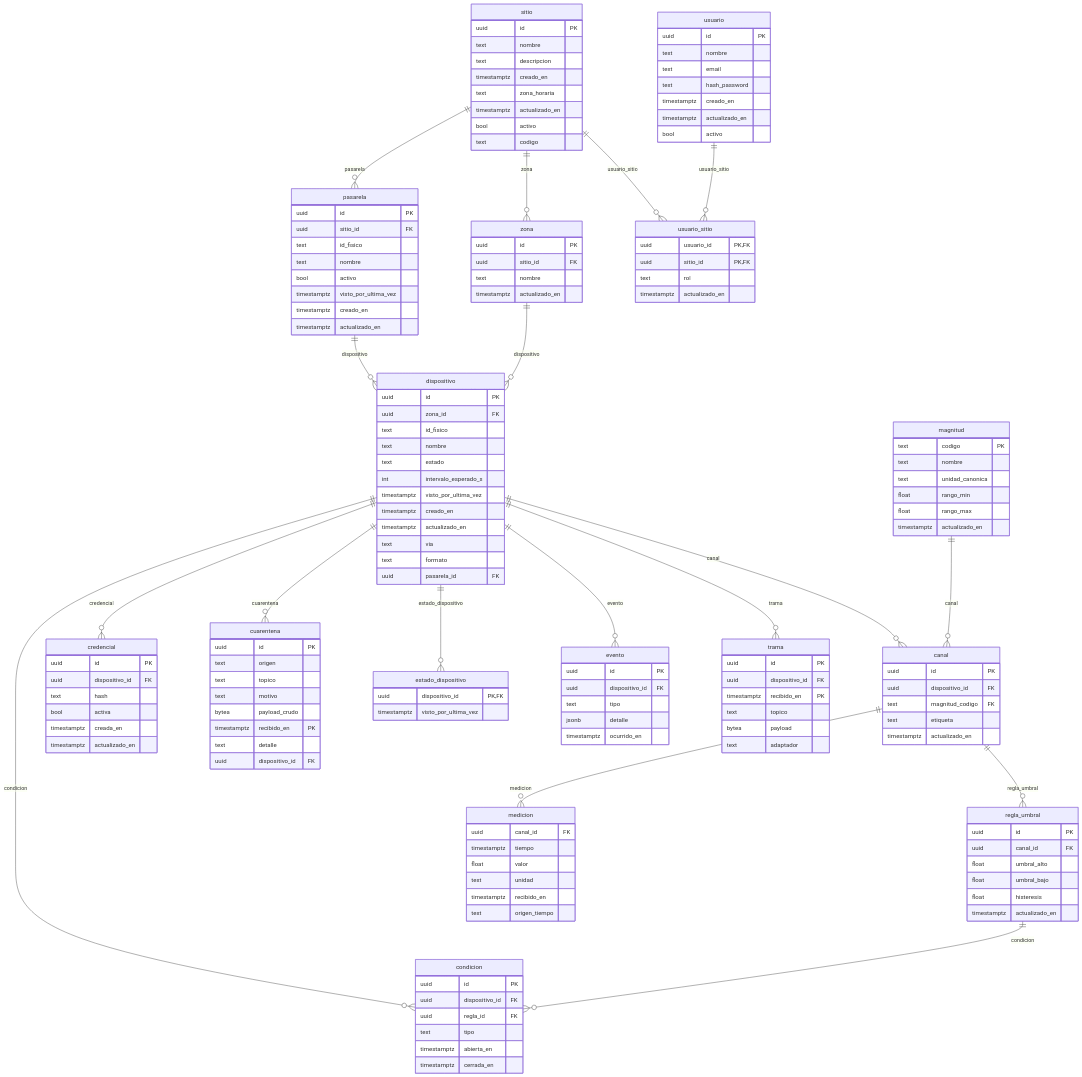
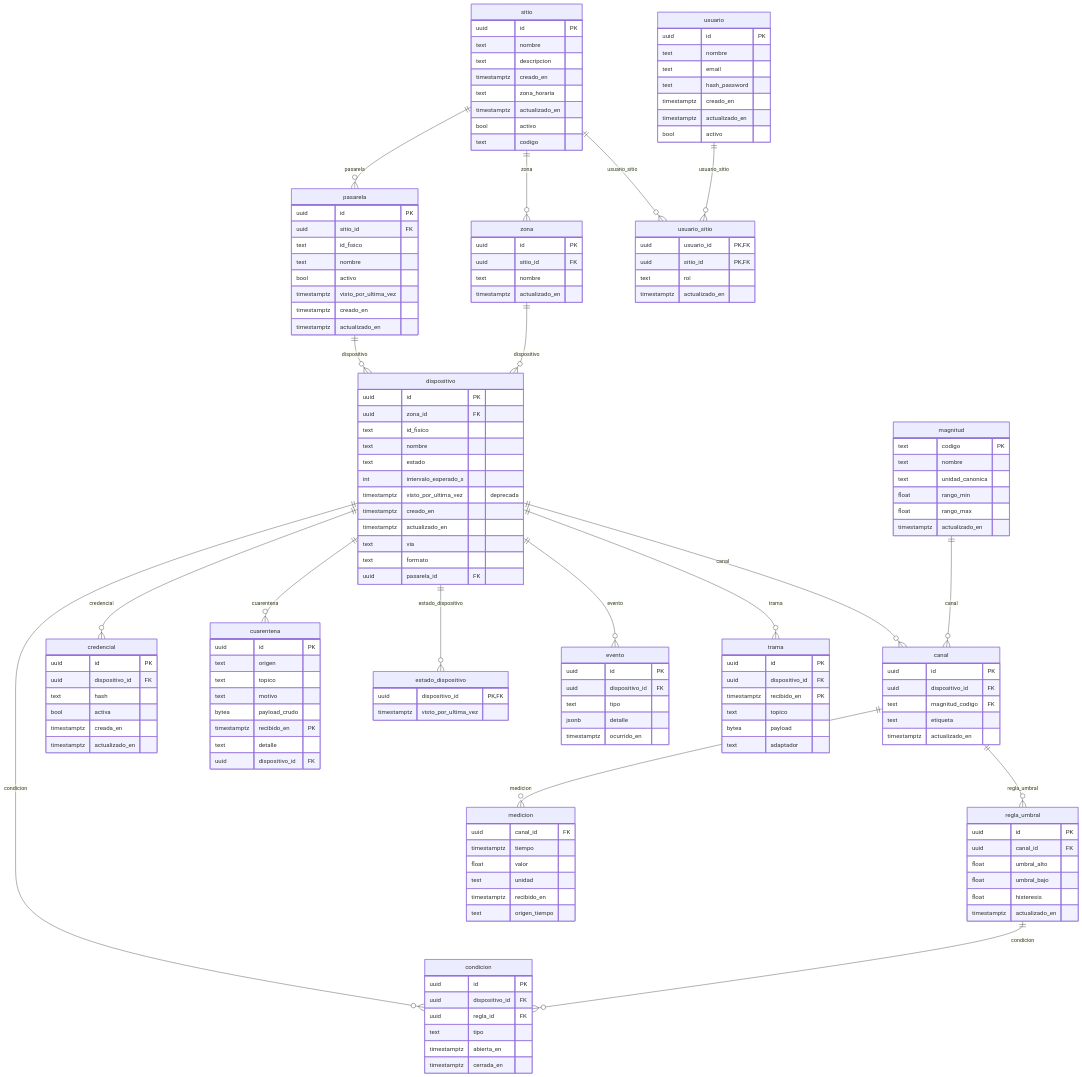
The diagram in informe-oficial/figuras/mermaid/modelo-datos.mmd (vicenterami/tesis), drawn with Mermaid before and after one commit. The commit also changed 46 other files, not shown here.

```diff
--- a/informe-oficial/figuras/mermaid/modelo-datos.mmd
+++ b/informe-oficial/figuras/mermaid/modelo-datos.mmd
@@ -1,149 +1,149 @@
 erDiagram
     dispositivo ||--o{ canal : canal
     magnitud ||--o{ canal : canal
     dispositivo ||--o{ condicion : condicion
     regla_umbral ||--o{ condicion : condicion
     dispositivo ||--o{ credencial : credencial
     dispositivo ||--o{ cuarentena : cuarentena
     pasarela ||--o{ dispositivo : dispositivo
     zona ||--o{ dispositivo : dispositivo
     dispositivo ||--o{ estado_dispositivo : estado_dispositivo
     dispositivo ||--o{ evento : evento
     canal ||--o{ medicion : medicion
     sitio ||--o{ pasarela : pasarela
     canal ||--o{ regla_umbral : regla_umbral
     dispositivo ||--o{ trama : trama
     sitio ||--o{ usuario_sitio : usuario_sitio
     usuario ||--o{ usuario_sitio : usuario_sitio
     sitio ||--o{ zona : zona
     canal {
         uuid id PK
         uuid dispositivo_id FK
         text magnitud_codigo FK
         text etiqueta
         timestamptz actualizado_en
     }
     condicion {
         uuid id PK
         uuid dispositivo_id FK
         uuid regla_id FK
         text tipo
         timestamptz abierta_en
         timestamptz cerrada_en
     }
     credencial {
         uuid id PK
         uuid dispositivo_id FK
         text hash
         bool activa
         timestamptz creada_en
         timestamptz actualizado_en
     }
     cuarentena {
         uuid id PK
         text origen
         text topico
         text motivo
         bytea payload_crudo
         timestamptz recibido_en PK
         text detalle
         uuid dispositivo_id FK
     }
     dispositivo {
         uuid id PK
         uuid zona_id FK
         text id_fisico
         text nombre
         text estado
         int intervalo_esperado_s
-        timestamptz visto_por_ultima_vez
+        timestamptz visto_por_ultima_vez "deprecada"
         timestamptz creado_en
         timestamptz actualizado_en
         text via
         text formato
         uuid pasarela_id FK
     }
     estado_dispositivo {
         uuid dispositivo_id PK,FK
         timestamptz visto_por_ultima_vez
     }
     evento {
         uuid id PK
         uuid dispositivo_id FK
         text tipo
         jsonb detalle
         timestamptz ocurrido_en
     }
     magnitud {
         text codigo PK
         text nombre
         text unidad_canonica
         float rango_min
         float rango_max
         timestamptz actualizado_en
     }
     medicion {
         uuid canal_id FK
         timestamptz tiempo
         float valor
         text unidad
         timestamptz recibido_en
         text origen_tiempo
     }
     pasarela {
         uuid id PK
         uuid sitio_id FK
         text id_fisico
         text nombre
         bool activo
         timestamptz visto_por_ultima_vez
         timestamptz creado_en
         timestamptz actualizado_en
     }
     regla_umbral {
         uuid id PK
         uuid canal_id FK
         float umbral_alto
         float umbral_bajo
         float histeresis
         timestamptz actualizado_en
     }
     sitio {
         uuid id PK
         text nombre
         text descripcion
         timestamptz creado_en
         text zona_horaria
         timestamptz actualizado_en
         bool activo
         text codigo
     }
     trama {
         uuid id PK
         uuid dispositivo_id FK
         timestamptz recibido_en PK
         text topico
         bytea payload
         text adaptador
     }
     usuario {
         uuid id PK
         text nombre
         text email
         text hash_password
         timestamptz creado_en
         timestamptz actualizado_en
         bool activo
     }
     usuario_sitio {
         uuid usuario_id PK,FK
         uuid sitio_id PK,FK
         text rol
         timestamptz actualizado_en
     }
     zona {
         uuid id PK
         uuid sitio_id FK
         text nombre
         timestamptz actualizado_en
     }
```
